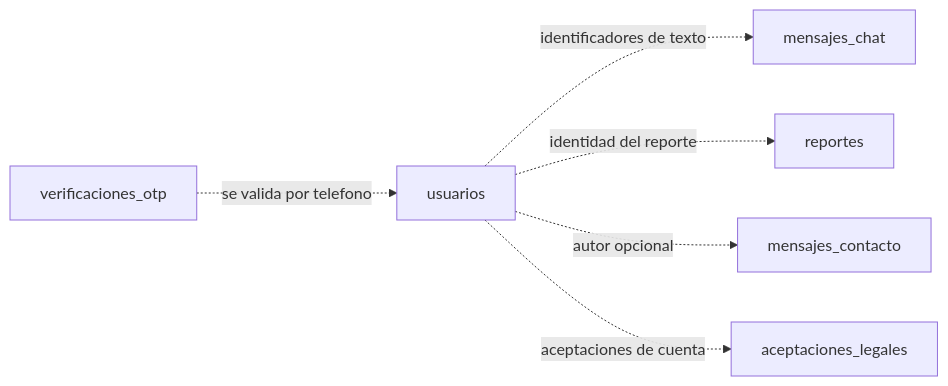
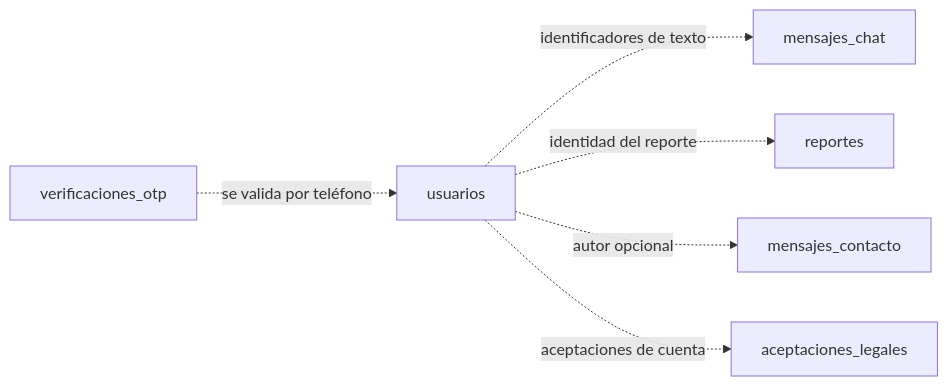
Before and after one commit to GVal24/switchWeb: the fourth of 4 diagrams in diagramas_mermaid_srs.md, drawn with Mermaid. The commit also changed other lines of this file and 2 other files, not shown here.

````diff
--- a/diagramas_mermaid_srs.md
+++ b/diagramas_mermaid_srs.md
@@ -113,15 +80,15 @@
 ```mermaid
 flowchart LR
     SupportUsers["usuarios"]
     Chat["mensajes_chat"]
     Reports["reportes"]
     Contact["mensajes_contacto"]
     Legal["aceptaciones_legales"]
     Otp["verificaciones_otp"]
 
     SupportUsers -.->|"identificadores de texto"| Chat
     SupportUsers -.->|"identidad del reporte"| Reports
     SupportUsers -.->|"autor opcional"| Contact
     SupportUsers -.->|"aceptaciones de cuenta"| Legal
-    Otp -.->|"se valida por telefono"| SupportUsers
+    Otp -.->|"se valida por teléfono"| SupportUsers
 ```
````
